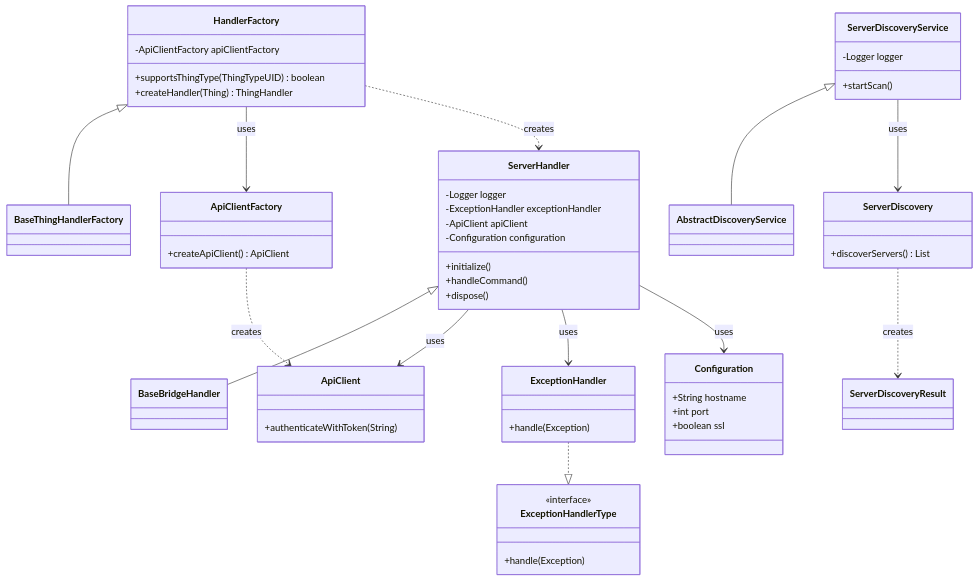
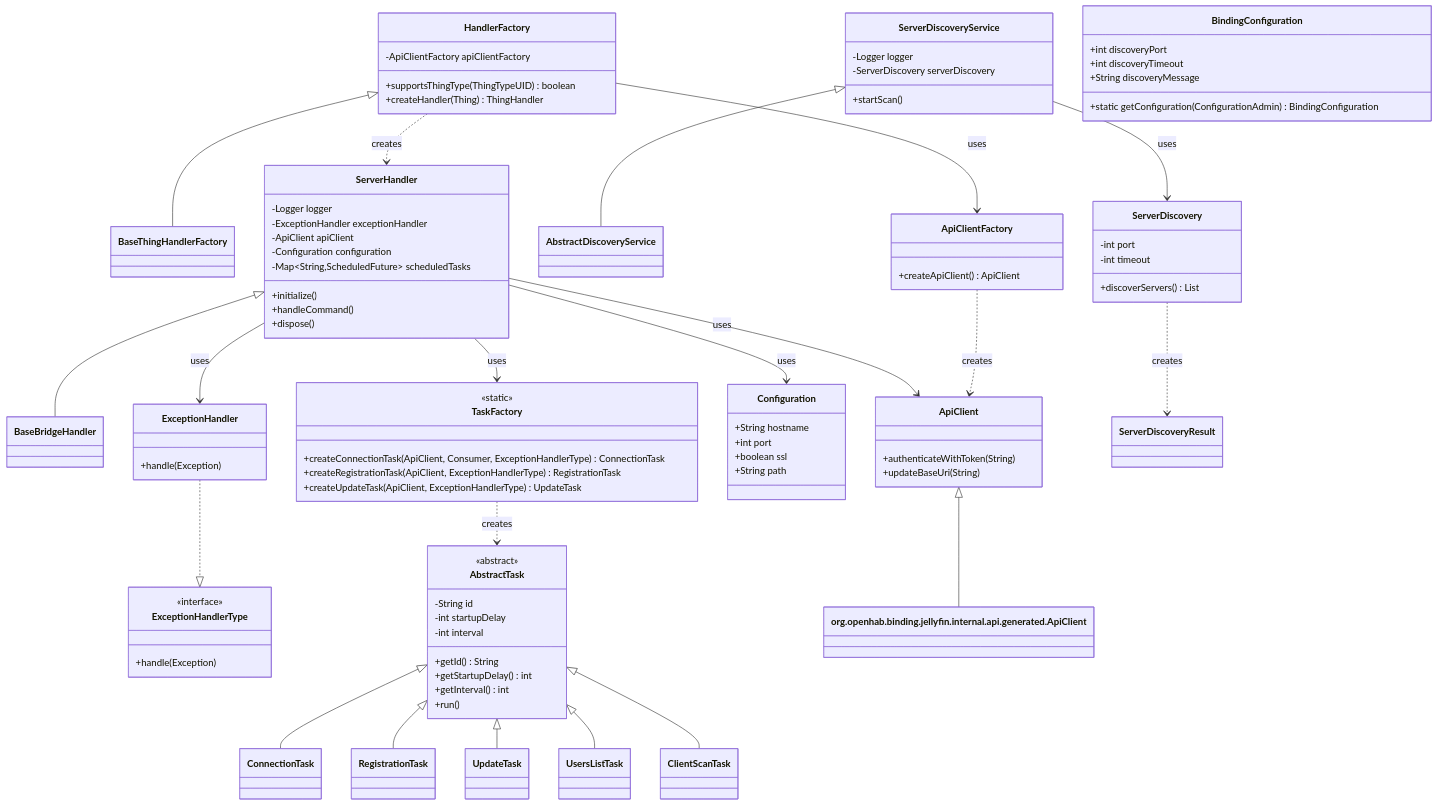
One commit to openhab/openhab-addons changed the diagram in bundles/org.openhab.binding.jellyfin/CONTRIBUTION.md. Above: the diagram before and after it, drawn with Mermaid. The commit also changed other lines of this file and 6 other files, not shown here.

First line of the commit message:
✨ feat(jellyfin): implement task framework for server communication

````diff
--- a/bundles/org.openhab.binding.jellyfin/CONTRIBUTION.md
+++ b/bundles/org.openhab.binding.jellyfin/CONTRIBUTION.md
@@ -9,19 +9,30 @@
 ```mermaid
 classDiagram
+    %% Class inheritance relationships
     HandlerFactory <|-- BaseThingHandlerFactory
     ServerHandler <|-- BaseBridgeHandler
     ServerDiscoveryService <|-- AbstractDiscoveryService
     ExceptionHandler ..|> ExceptionHandlerType
+    AbstractTask <|-- ConnectionTask
+    AbstractTask <|-- RegistrationTask
+    AbstractTask <|-- UpdateTask
+    AbstractTask <|-- UsersListTask
+    AbstractTask <|-- ClientScanTask
+    ApiClient <|-- org.openhab.binding.jellyfin.internal.api.generated.ApiClient
     
+    %% Class dependencies and usage relationships
     HandlerFactory --> ApiClientFactory : uses
     ServerHandler --> ApiClient : uses
     ServerHandler --> ExceptionHandler : uses
     ServerHandler --> Configuration : uses
+    ServerHandler --> TaskFactory : uses
+    TaskFactory ..> AbstractTask : creates
     ServerDiscoveryService --> ServerDiscovery : uses
     ServerDiscovery ..> ServerDiscoveryResult : creates
     ApiClientFactory ..> ApiClient : creates
     HandlerFactory ..> ServerHandler : creates
     
+    %% Class definitions with key attributes and methods
     class HandlerFactory {
         -ApiClientFactory apiClientFactory
         +supportsThingType(ThingTypeUID) boolean
@@ -33,6 +44,7 @@
         -ExceptionHandler exceptionHandler
         -ApiClient apiClient
         -Configuration configuration
+        -Map~String,ScheduledFuture~ scheduledTasks
         +initialize()
         +handleCommand()
         +dispose()
@@ -44,15 +56,37 @@
     
     class ApiClient {
         +authenticateWithToken(String)
+        +updateBaseUri(String)
     }
     
     class ServerDiscoveryService {
         -Logger logger
+        -ServerDiscovery serverDiscovery
         +startScan()
     }
     
     class ServerDiscovery {
+        -int port
+        -int timeout
         +discoverServers() List
+    }
+    
+    class AbstractTask {
+        <<abstract>>
+        -String id
+        -int startupDelay
+        -int interval
+        +getId() String
+        +getStartupDelay() int
+        +getInterval() int
+        +run()
+    }
+    
+    class TaskFactory {
+        <<static>>
+        +createConnectionTask(ApiClient, Consumer, ExceptionHandlerType) ConnectionTask
+        +createRegistrationTask(ApiClient, ExceptionHandlerType) RegistrationTask
+        +createUpdateTask(ApiClient, ExceptionHandlerType) UpdateTask
     }
     
     class ExceptionHandlerType {
@@ -68,5 +102,13 @@
         +String hostname
         +int port
         +boolean ssl
+        +String path
+    }
+    
+    class BindingConfiguration {
+        +int discoveryPort
+        +int discoveryTimeout
+        +String discoveryMessage
+        +static getConfiguration(ConfigurationAdmin) BindingConfiguration
     }
 ```
````
